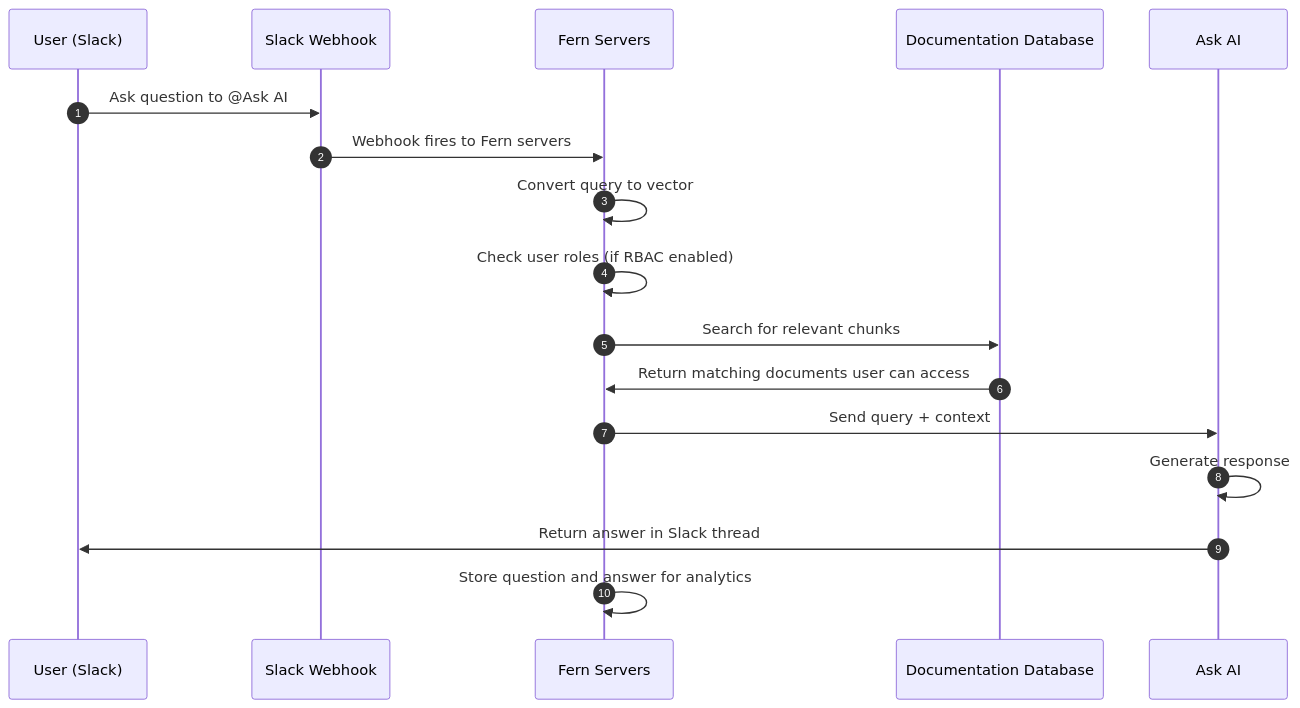
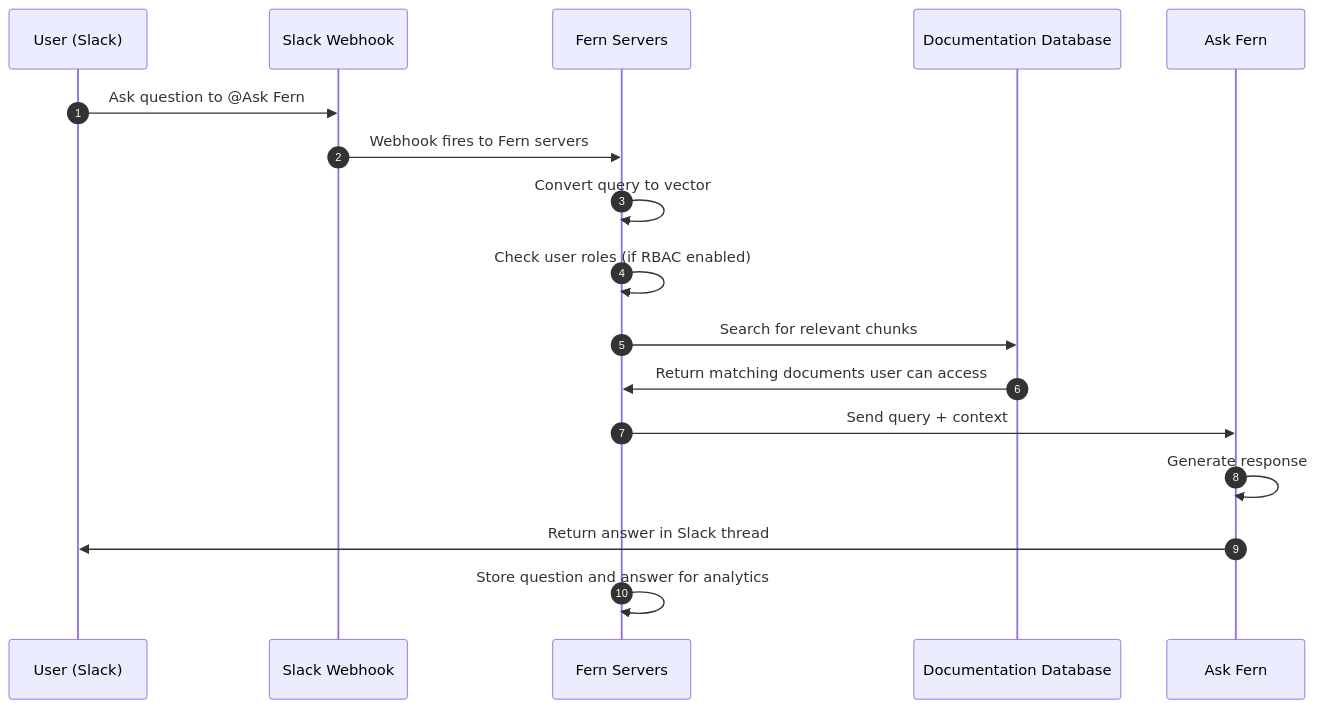
One commit to fern-api/docs changed the diagram in fern/products/docs/pages/ask-fern/slack-app.mdx. Above: the diagram before and after it, drawn with Mermaid. The commit also changed other lines of this file and 5 other files, not shown here.

First line of the commit message:
Keep 'Ask Fern' for Slack app references

````diff
--- a/fern/products/docs/pages/ask-fern/slack-app.mdx
+++ b/fern/products/docs/pages/ask-fern/slack-app.mdx
@@ -146,21 +146,21 @@
 ```mermaid
 sequenceDiagram
   autonumber
     participant U as User (Slack)
     participant S as Slack Webhook
     participant F as Fern Servers
     participant V as Documentation Database
-    participant A as Ask AI
+    participant A as Ask Fern
 
-    U->>S: Ask question to @Ask AI
+    U->>S: Ask question to @Ask Fern
     S->>F: Webhook fires to Fern servers
     F->>F: Convert query to vector
     F->>F: Check user roles (if RBAC enabled)
     F->>V: Search for relevant chunks
     V->>F: Return matching documents user can access
     F->>A: Send query + context
     A->>A: Generate response
     A->>U: Return answer in Slack thread
     F->>F: Store question and answer for analytics
 
 ```
````
